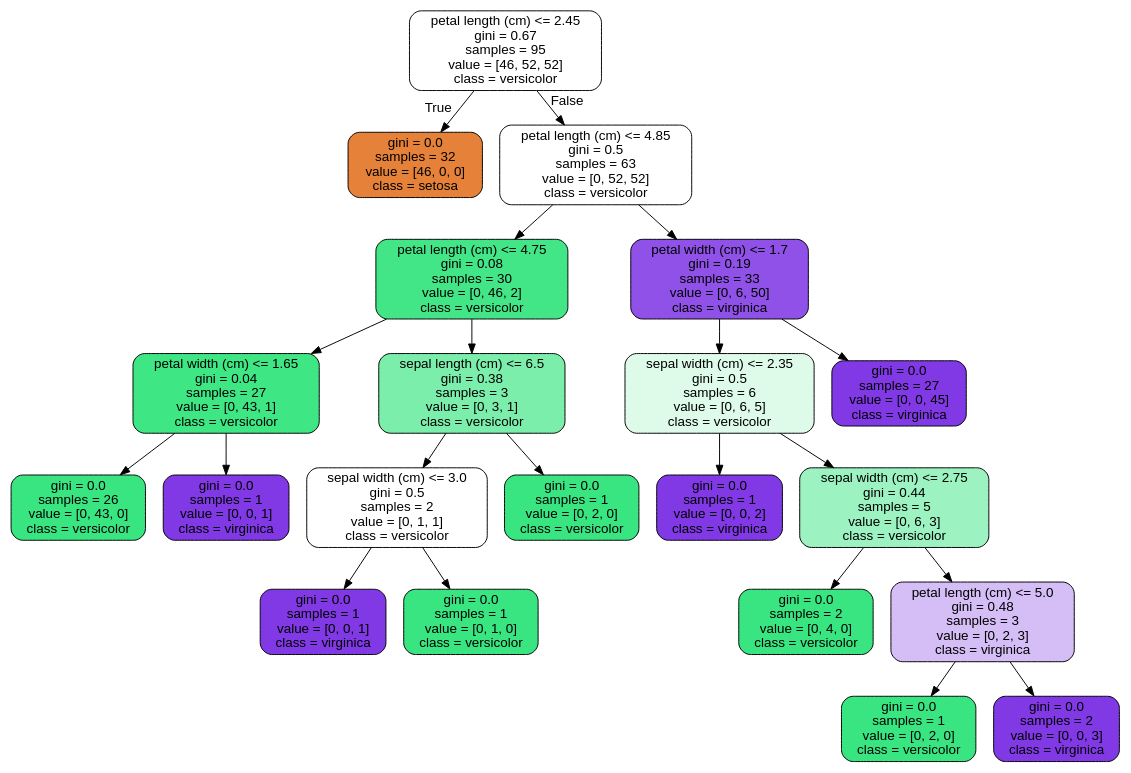
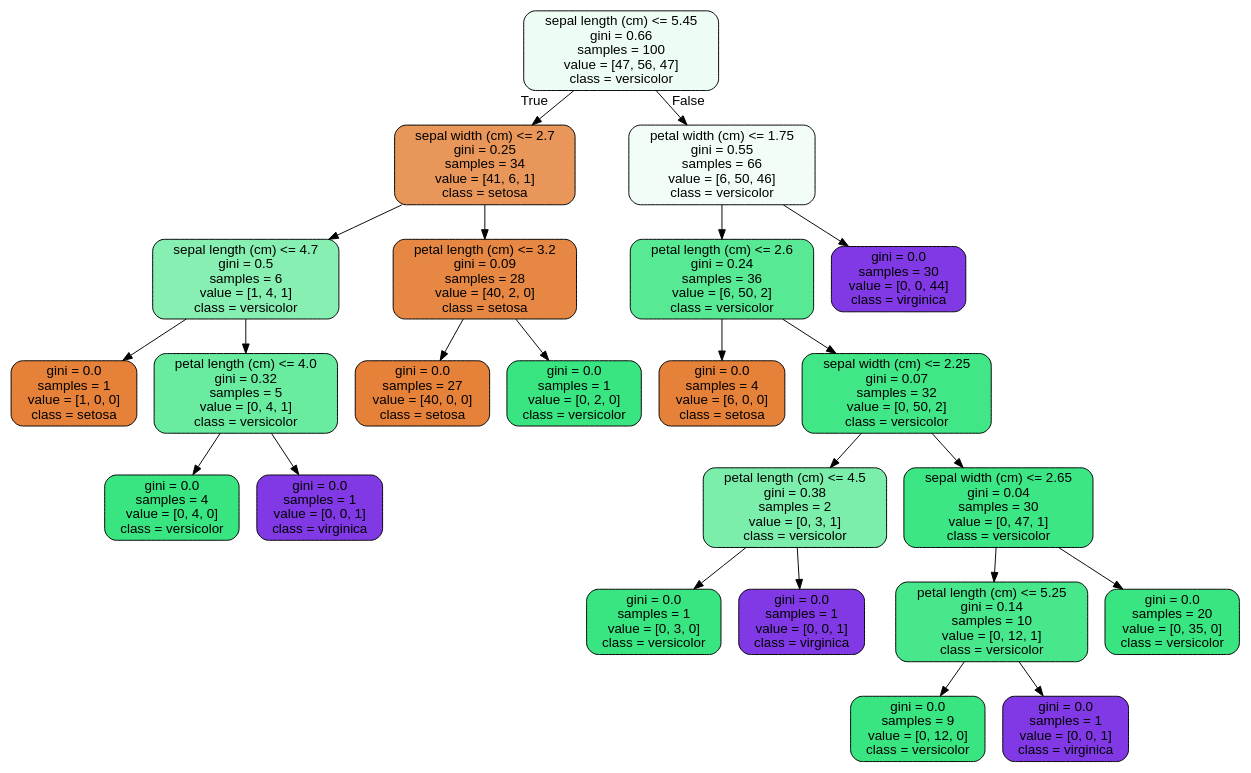
One commit to amoutafian/random_forest_case_study changed the diagram in tree.dot. Above: the diagram before and after it, drawn with Graphviz. The commit also changed 2 other files, not shown here.

```diff
--- a/tree.dot
+++ b/tree.dot
@@ -1,45 +1,49 @@
 digraph Tree {
 node [shape=box, style="filled, rounded", color="black", fontname="helvetica"] ;
 edge [fontname="helvetica"] ;
-0 [label="petal length (cm) <= 2.45\ngini = 0.67\nsamples = 95\nvalue = [46, 52, 52]\nclass = versicolor", fillcolor="#ffffff"] ;
-1 [label="gini = 0.0\nsamples = 32\nvalue = [46, 0, 0]\nclass = setosa", fillcolor="#e58139"] ;
+0 [label="sepal length (cm) <= 5.45\ngini = 0.66\nsamples = 100\nvalue = [47, 56, 47]\nclass = versicolor", fillcolor="#eefdf4"] ;
+1 [label="sepal width (cm) <= 2.7\ngini = 0.25\nsamples = 34\nvalue = [41, 6, 1]\nclass = setosa", fillcolor="#e9965a"] ;
 0 -> 1 [labeldistance=2.5, labelangle=45, headlabel="True"] ;
-2 [label="petal length (cm) <= 4.85\ngini = 0.5\nsamples = 63\nvalue = [0, 52, 52]\nclass = versicolor", fillcolor="#ffffff"] ;
-0 -> 2 [labeldistance=2.5, labelangle=-45, headlabel="False"] ;
-3 [label="petal length (cm) <= 4.75\ngini = 0.08\nsamples = 30\nvalue = [0, 46, 2]\nclass = versicolor", fillcolor="#42e686"] ;
+2 [label="sepal length (cm) <= 4.7\ngini = 0.5\nsamples = 6\nvalue = [1, 4, 1]\nclass = versicolor", fillcolor="#88efb3"] ;
+1 -> 2 ;
+3 [label="gini = 0.0\nsamples = 1\nvalue = [1, 0, 0]\nclass = setosa", fillcolor="#e58139"] ;
 2 -> 3 ;
-4 [label="petal width (cm) <= 1.65\ngini = 0.04\nsamples = 27\nvalue = [0, 43, 1]\nclass = versicolor", fillcolor="#3ee684"] ;
-3 -> 4 ;
-5 [label="gini = 0.0\nsamples = 26\nvalue = [0, 43, 0]\nclass = versicolor", fillcolor="#39e581"] ;
+4 [label="petal length (cm) <= 4.0\ngini = 0.32\nsamples = 5\nvalue = [0, 4, 1]\nclass = versicolor", fillcolor="#6aeca0"] ;
+2 -> 4 ;
+5 [label="gini = 0.0\nsamples = 4\nvalue = [0, 4, 0]\nclass = versicolor", fillcolor="#39e581"] ;
 4 -> 5 ;
 6 [label="gini = 0.0\nsamples = 1\nvalue = [0, 0, 1]\nclass = virginica", fillcolor="#8139e5"] ;
 4 -> 6 ;
-7 [label="sepal length (cm) <= 6.5\ngini = 0.38\nsamples = 3\nvalue = [0, 3, 1]\nclass = versicolor", fillcolor="#7beeab"] ;
-3 -> 7 ;
-8 [label="sepal width (cm) <= 3.0\ngini = 0.5\nsamples = 2\nvalue = [0, 1, 1]\nclass = versicolor", fillcolor="#ffffff"] ;
+7 [label="petal length (cm) <= 3.2\ngini = 0.09\nsamples = 28\nvalue = [40, 2, 0]\nclass = setosa", fillcolor="#e68743"] ;
+1 -> 7 ;
+8 [label="gini = 0.0\nsamples = 27\nvalue = [40, 0, 0]\nclass = setosa", fillcolor="#e58139"] ;
 7 -> 8 ;
-9 [label="gini = 0.0\nsamples = 1\nvalue = [0, 0, 1]\nclass = virginica", fillcolor="#8139e5"] ;
-8 -> 9 ;
-10 [label="gini = 0.0\nsamples = 1\nvalue = [0, 1, 0]\nclass = versicolor", fillcolor="#39e581"] ;
-8 -> 10 ;
-11 [label="gini = 0.0\nsamples = 1\nvalue = [0, 2, 0]\nclass = versicolor", fillcolor="#39e581"] ;
-7 -> 11 ;
-12 [label="petal width (cm) <= 1.7\ngini = 0.19\nsamples = 33\nvalue = [0, 6, 50]\nclass = virginica", fillcolor="#9051e8"] ;
-2 -> 12 ;
-13 [label="sepal width (cm) <= 2.35\ngini = 0.5\nsamples = 6\nvalue = [0, 6, 5]\nclass = versicolor", fillcolor="#defbea"] ;
-12 -> 13 ;
-14 [label="gini = 0.0\nsamples = 1\nvalue = [0, 0, 2]\nclass = virginica", fillcolor="#8139e5"] ;
+9 [label="gini = 0.0\nsamples = 1\nvalue = [0, 2, 0]\nclass = versicolor", fillcolor="#39e581"] ;
+7 -> 9 ;
+10 [label="petal width (cm) <= 1.75\ngini = 0.55\nsamples = 66\nvalue = [6, 50, 46]\nclass = versicolor", fillcolor="#f1fdf6"] ;
+0 -> 10 [labeldistance=2.5, labelangle=-45, headlabel="False"] ;
+11 [label="petal length (cm) <= 2.6\ngini = 0.24\nsamples = 36\nvalue = [6, 50, 2]\nclass = versicolor", fillcolor="#57e994"] ;
+10 -> 11 ;
+12 [label="gini = 0.0\nsamples = 4\nvalue = [6, 0, 0]\nclass = setosa", fillcolor="#e58139"] ;
+11 -> 12 ;
+13 [label="sepal width (cm) <= 2.25\ngini = 0.07\nsamples = 32\nvalue = [0, 50, 2]\nclass = versicolor", fillcolor="#41e686"] ;
+11 -> 13 ;
+14 [label="petal length (cm) <= 4.5\ngini = 0.38\nsamples = 2\nvalue = [0, 3, 1]\nclass = versicolor", fillcolor="#7beeab"] ;
 13 -> 14 ;
-15 [label="sepal width (cm) <= 2.75\ngini = 0.44\nsamples = 5\nvalue = [0, 6, 3]\nclass = versicolor", fillcolor="#9cf2c0"] ;
-13 -> 15 ;
-16 [label="gini = 0.0\nsamples = 2\nvalue = [0, 4, 0]\nclass = versicolor", fillcolor="#39e581"] ;
-15 -> 16 ;
-17 [label="petal length (cm) <= 5.0\ngini = 0.48\nsamples = 3\nvalue = [0, 2, 3]\nclass = virginica", fillcolor="#d5bdf6"] ;
-15 -> 17 ;
-18 [label="gini = 0.0\nsamples = 1\nvalue = [0, 2, 0]\nclass = versicolor", fillcolor="#39e581"] ;
+15 [label="gini = 0.0\nsamples = 1\nvalue = [0, 3, 0]\nclass = versicolor", fillcolor="#39e581"] ;
+14 -> 15 ;
+16 [label="gini = 0.0\nsamples = 1\nvalue = [0, 0, 1]\nclass = virginica", fillcolor="#8139e5"] ;
+14 -> 16 ;
+17 [label="sepal width (cm) <= 2.65\ngini = 0.04\nsamples = 30\nvalue = [0, 47, 1]\nclass = versicolor", fillcolor="#3de684"] ;
+13 -> 17 ;
+18 [label="petal length (cm) <= 5.25\ngini = 0.14\nsamples = 10\nvalue = [0, 12, 1]\nclass = versicolor", fillcolor="#49e78c"] ;
 17 -> 18 ;
-19 [label="gini = 0.0\nsamples = 2\nvalue = [0, 0, 3]\nclass = virginica", fillcolor="#8139e5"] ;
-17 -> 19 ;
-20 [label="gini = 0.0\nsamples = 27\nvalue = [0, 0, 45]\nclass = virginica", fillcolor="#8139e5"] ;
-12 -> 20 ;
+19 [label="gini = 0.0\nsamples = 9\nvalue = [0, 12, 0]\nclass = versicolor", fillcolor="#39e581"] ;
+18 -> 19 ;
+20 [label="gini = 0.0\nsamples = 1\nvalue = [0, 0, 1]\nclass = virginica", fillcolor="#8139e5"] ;
+18 -> 20 ;
+21 [label="gini = 0.0\nsamples = 20\nvalue = [0, 35, 0]\nclass = versicolor", fillcolor="#39e581"] ;
+17 -> 21 ;
+22 [label="gini = 0.0\nsamples = 30\nvalue = [0, 0, 44]\nclass = virginica", fillcolor="#8139e5"] ;
+10 -> 22 ;
 }
```
